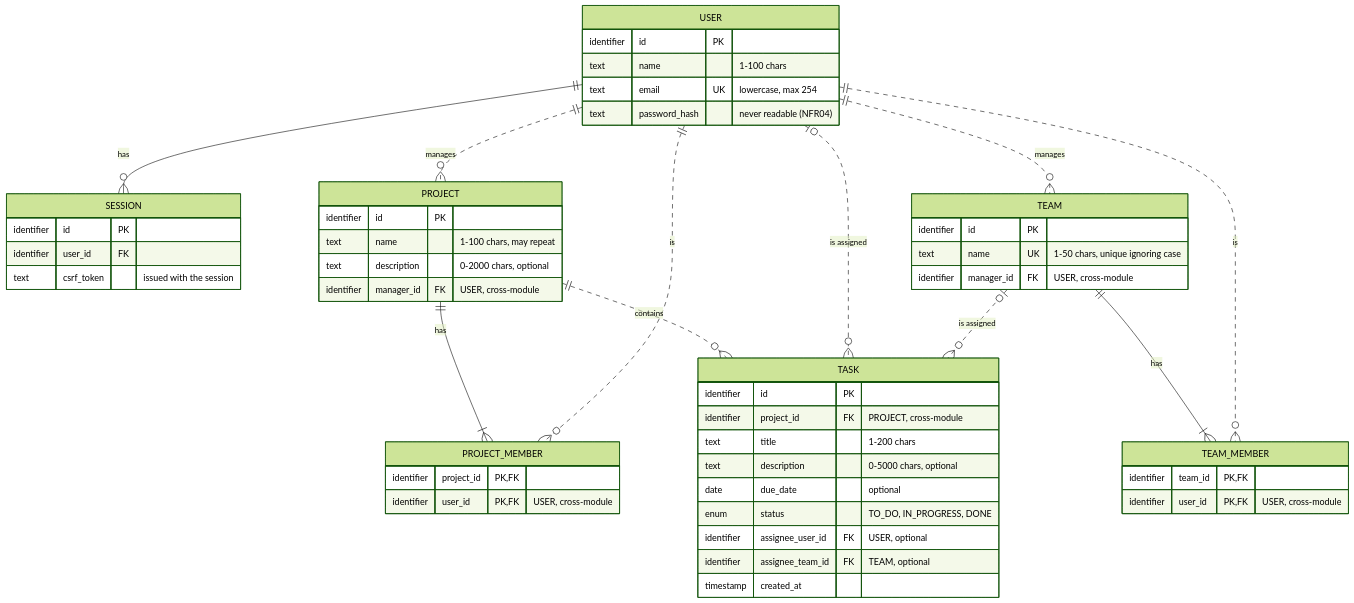
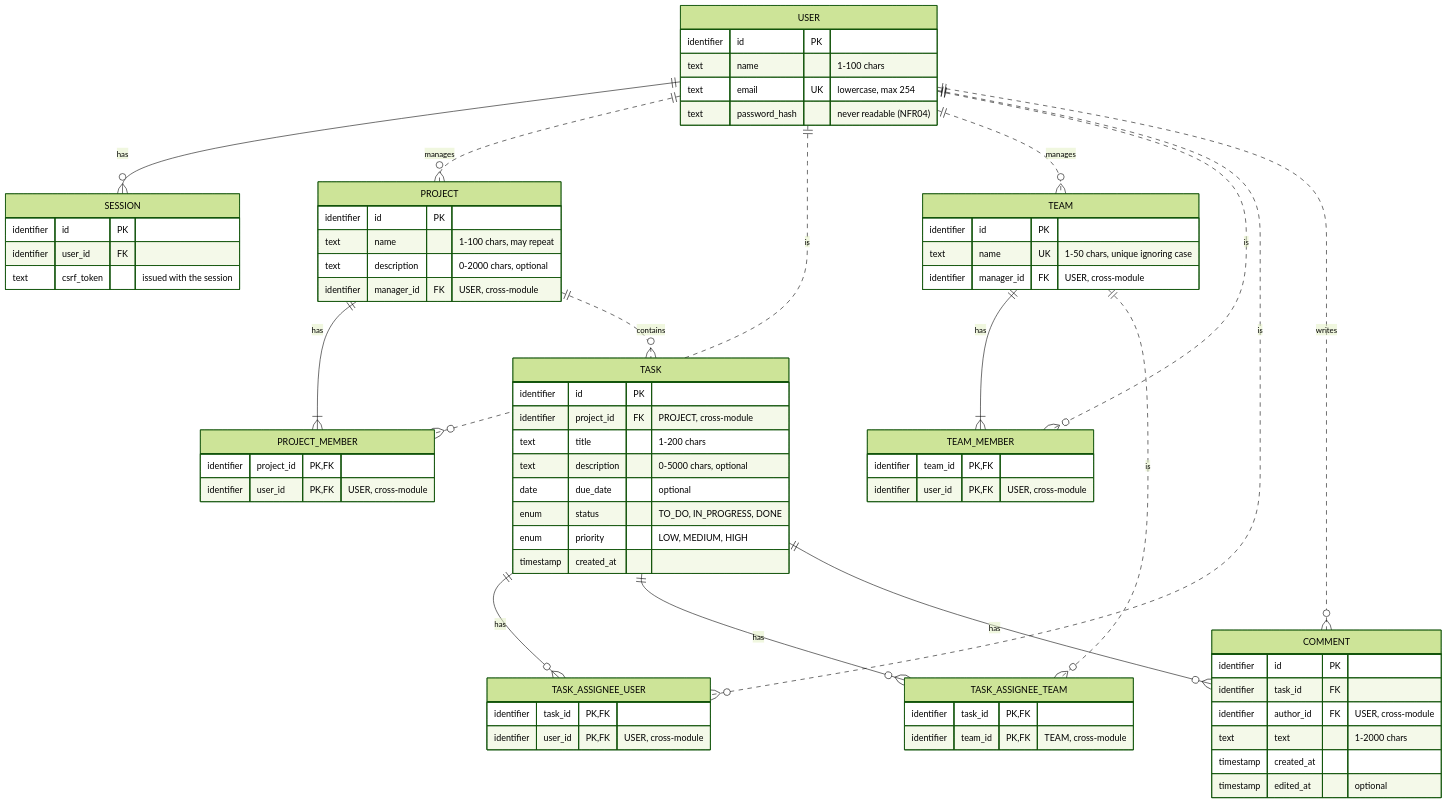
One commit to vitorhsbarros/matriz changed the diagram in docs/database.md. Above: the diagram before and after it, drawn with Mermaid (forest theme). The commit also changed other lines of this file and 14 other files, not shown here.

````diff
--- a/docs/database.md
+++ b/docs/database.md
@@ -11,63 +11,82 @@
 ```mermaid
 erDiagram
     %% Accounts
     USER {
         identifier id PK
         text name "1-100 chars"
         text email UK "lowercase, max 254"
         text password_hash "never readable (NFR04)"
     }
     SESSION {
         identifier id PK
         identifier user_id FK
         text csrf_token "issued with the session"
     }
 
     %% Projects
     PROJECT {
         identifier id PK
         text name "1-100 chars, may repeat"
         text description "0-2000 chars, optional"
         identifier manager_id FK "USER, cross-module"
     }
     PROJECT_MEMBER {
         identifier project_id PK, FK
         identifier user_id PK, FK "USER, cross-module"
     }
 
     %% Teams
     TEAM {
         identifier id PK
         text name UK "1-50 chars, unique ignoring case"
         identifier manager_id FK "USER, cross-module"
     }
     TEAM_MEMBER {
         identifier team_id PK, FK
         identifier user_id PK, FK "USER, cross-module"
     }
 
     %% Tasks
     TASK {
         identifier id PK
         identifier project_id FK "PROJECT, cross-module"
         text title "1-200 chars"
         text description "0-5000 chars, optional"
         date due_date "optional"
         enum status "TO_DO, IN_PROGRESS, DONE"
-        identifier assignee_user_id FK "USER, optional"
-        identifier assignee_team_id FK "TEAM, optional"
+        enum priority "LOW, MEDIUM, HIGH"
         timestamp created_at
+    }
+    TASK_ASSIGNEE_USER {
+        identifier task_id PK, FK
+        identifier user_id PK, FK "USER, cross-module"
+    }
+    TASK_ASSIGNEE_TEAM {
+        identifier task_id PK, FK
+        identifier team_id PK, FK "TEAM, cross-module"
+    }
+    COMMENT {
+        identifier id PK
+        identifier task_id FK
+        identifier author_id FK "USER, cross-module"
+        text text "1-2000 chars"
+        timestamp created_at
+        timestamp edited_at "optional"
     }
 
     USER    ||--o{ SESSION        : "has"
     PROJECT ||--|{ PROJECT_MEMBER : "has"
     TEAM    ||--|{ TEAM_MEMBER    : "has"
+    TASK    ||--o{ TASK_ASSIGNEE_USER : "has"
+    TASK    ||--o{ TASK_ASSIGNEE_TEAM : "has"
+    TASK    ||--o{ COMMENT        : "has"
 
     USER    ||..o{ PROJECT        : "manages"
     USER    ||..o{ PROJECT_MEMBER : "is"
     USER    ||..o{ TEAM           : "manages"
     USER    ||..o{ TEAM_MEMBER    : "is"
     PROJECT ||..o{ TASK           : "contains"
-    USER    |o..o{ TASK           : "is assigned"
-    TEAM    |o..o{ TASK           : "is assigned"
+    USER    ||..o{ TASK_ASSIGNEE_USER : "is"
+    TEAM    ||..o{ TASK_ASSIGNEE_TEAM : "is"
+    USER    ||..o{ COMMENT        : "writes"
 ```
````
